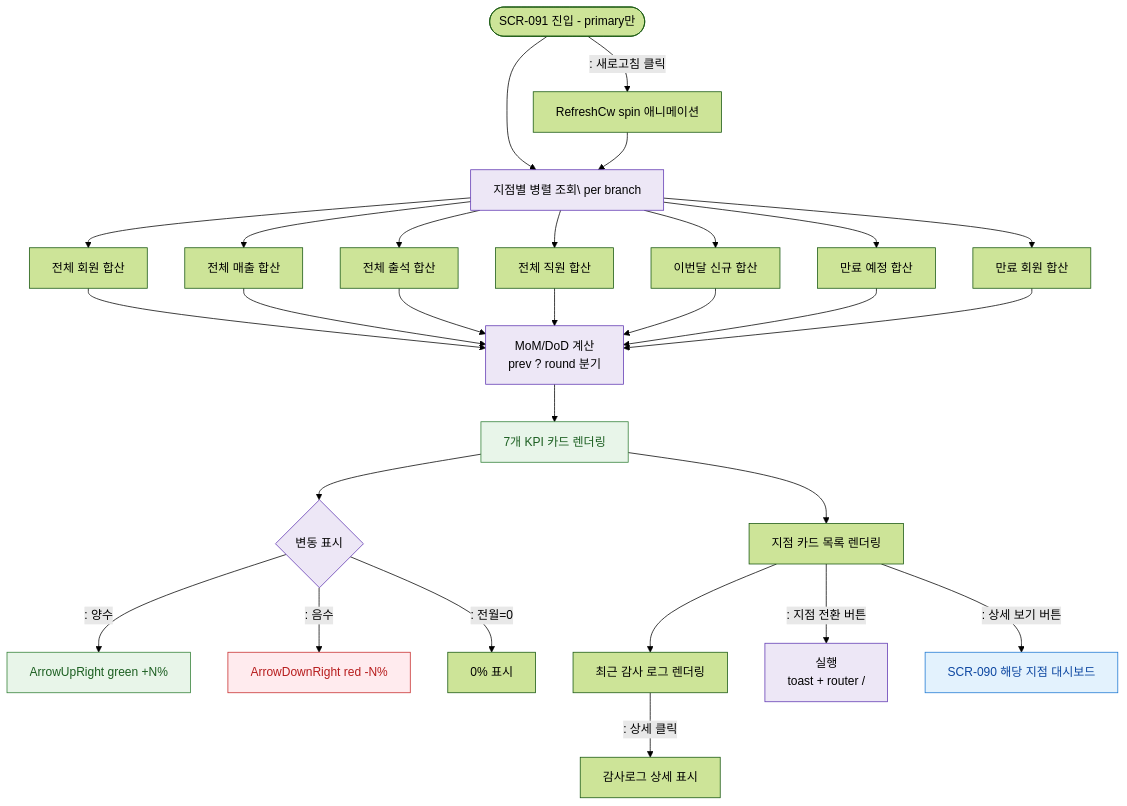
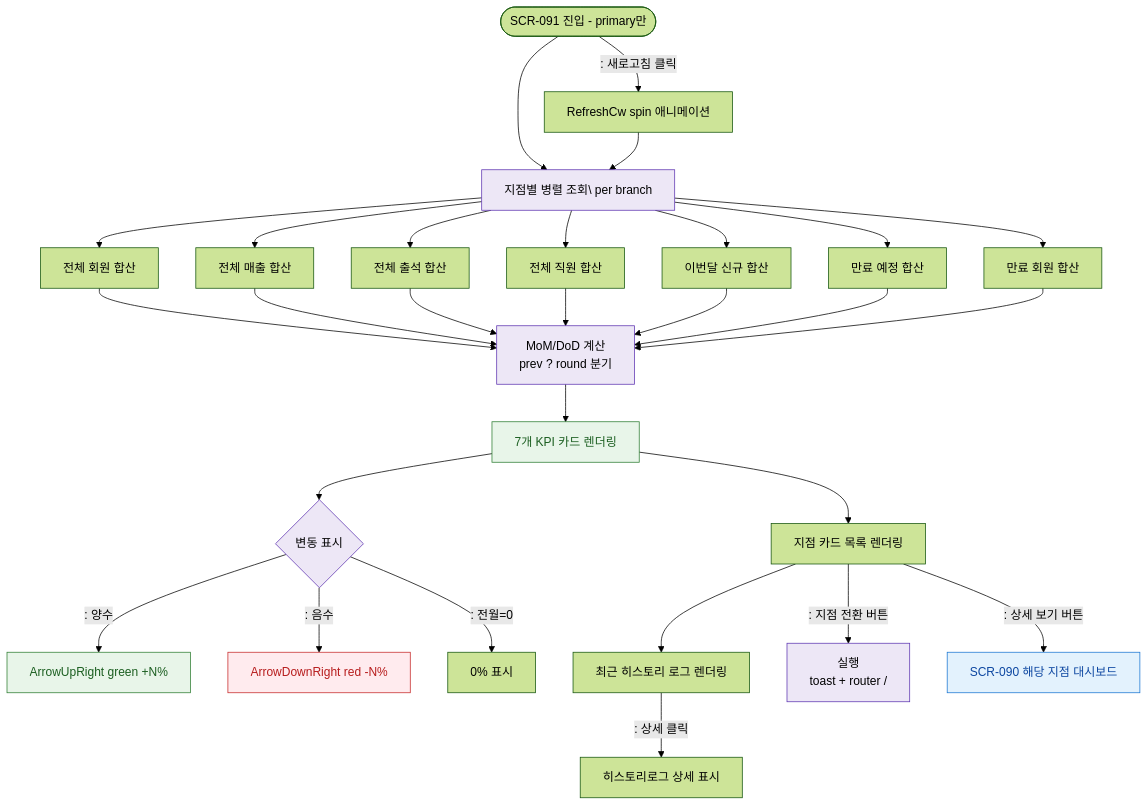
Before and after one commit to dev-spogym/admin-pando: the diagram in docs/admin/다이어그램/D10_본사관리/SCR-091_슈퍼대시보드/F2_메인.md, drawn with Mermaid (forest theme). The commit also changed 442 other files, not shown here.

````diff
--- a/docs/admin/다이어그램/D10_본사관리/SCR-091_슈퍼대시보드/F2_메인.md
+++ b/docs/admin/다이어그램/D10_본사관리/SCR-091_슈퍼대시보드/F2_메인.md
@@ -12,41 +12,41 @@
 ```mermaid
 flowchart TD
   Start([SCR-091 진입 - primary만]) --> ParallelLoad[지점별 병렬 조회\ per branch]
 
   ParallelLoad --> KPI1[전체 회원 합산]
   ParallelLoad --> KPI2[전체 매출 합산]
   ParallelLoad --> KPI3[전체 출석 합산]
   ParallelLoad --> KPI4[전체 직원 합산]
   ParallelLoad --> KPI5[이번달 신규 합산]
   ParallelLoad --> KPI6[만료 예정 합산]
   ParallelLoad --> KPI7[만료 회원 합산]
 
   KPI1 & KPI2 & KPI3 & KPI4 & KPI5 & KPI6 & KPI7 --> MoMCalc[MoM/DoD 계산\nprev ? round 분기]
 
   MoMCalc --> KPICards[7개 KPI 카드 렌더링]
   KPICards --> MoMDisplay{변동 표시}
   MoMDisplay -->|": 양수"|ArrowUp[ArrowUpRight green +N%]
   MoMDisplay -->|": 음수"|ArrowDown[ArrowDownRight red -N%]
   MoMDisplay -->|": 전월=0"|Zero[0% 표시]
 
   KPICards --> BranchCards[지점 카드 목록 렌더링]
-  BranchCards --> AuditLog[최근 감사 로그 렌더링]
+  BranchCards --> AuditLog[최근 히스토리 로그 렌더링]
 
   BranchCards -->|": 지점 전환 버튼"|SwitchBranch[실행\ntoast + router /]
   BranchCards -->|": 상세 보기 버튼"|SCR_090[SCR-090 해당 지점 대시보드]
 
-  AuditLog -->|": 상세 클릭"|AuditDetail[감사로그 상세 표시]
+  AuditLog -->|": 상세 클릭"|AuditDetail[히스토리로그 상세 표시]
 
   Start -->|": 새로고침 클릭"|RefreshSpin[RefreshCw spin 애니메이션]
   RefreshSpin --> ParallelLoad
 
   classDef screen fill:#E3F2FD,stroke:#1976D2,color:#0D47A1
   classDef system fill:#EDE7F6,stroke:#5E35B2
   classDef success fill:#E8F5E9,stroke:#2E7D32,color:#1B5E20
   classDef error fill:#FFEBEE,stroke:#C62828,color:#B71C1C
 
   class SCR_090 screen
   class ParallelLoad,MoMCalc,MoMDisplay,SwitchBranch system
   class ArrowUp,KPICards success
   class ArrowDown error
 ```
````
